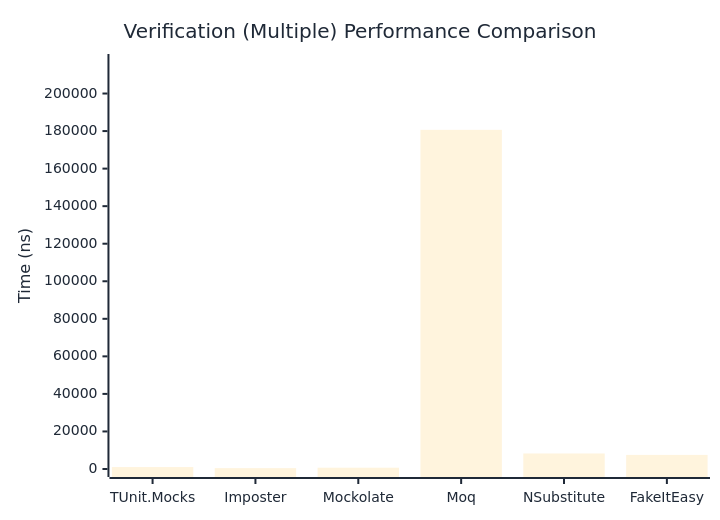
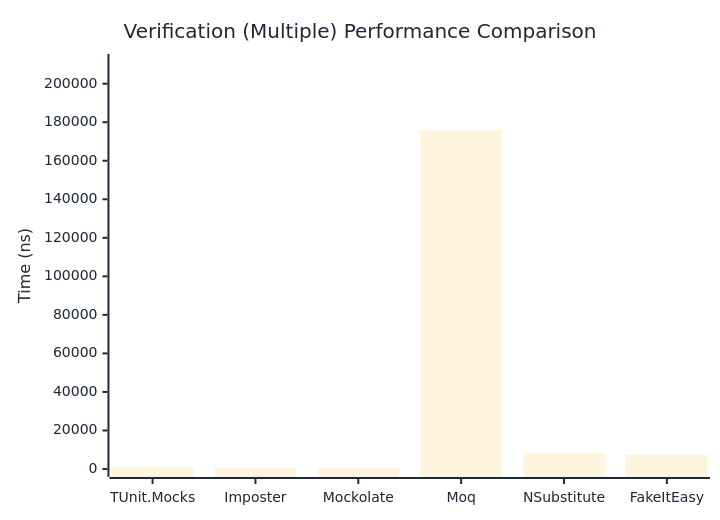
The third of 3 diagrams in docs/docs/benchmarks/mocks/Verification.md (thomhurst/TUnit), drawn with Mermaid before and after one commit. The commit also changed other lines of this file and 14 other files, not shown here.

````diff
--- a/docs/docs/benchmarks/mocks/Verification.md
+++ b/docs/docs/benchmarks/mocks/Verification.md
@@ -112,27 +112,27 @@
 ```mermaid
 %%{init: {
   'theme':'base',
   'themeVariables': {
     'primaryColor': '#2563eb',
     'primaryTextColor': '#1f2937',
     'primaryBorderColor': '#1e40af',
     'lineColor': '#6b7280',
     'secondaryColor': '#7c3aed',
     'tertiaryColor': '#dc2626',
     'background': '#ffffff',
     'pie1': '#2563eb',
     'pie2': '#7c3aed',
     'pie3': '#dc2626',
     'pie4': '#f59e0b',
     'pie5': '#10b981',
     'pie6': '#06b6d4',
     'pie7': '#ec4899',
     'pie8': '#6366f1'
   }
 }}%%
 xychart-beta
   title "Verification (Multiple) Performance Comparison"
   x-axis ["TUnit.Mocks", "Imposter", "Mockolate", "Moq", "NSubstitute", "FakeItEasy"]
-  y-axis "Time (ns)" 0 --> 216792
-  bar [1031.3, 467.11, 696.47, 180659.33, 8275.87, 7510]
+  y-axis "Time (ns)" 0 --> 211260
+  bar [939.21, 426.38, 627.2, 176049.31, 8230.25, 7224.92]
 ```
````
